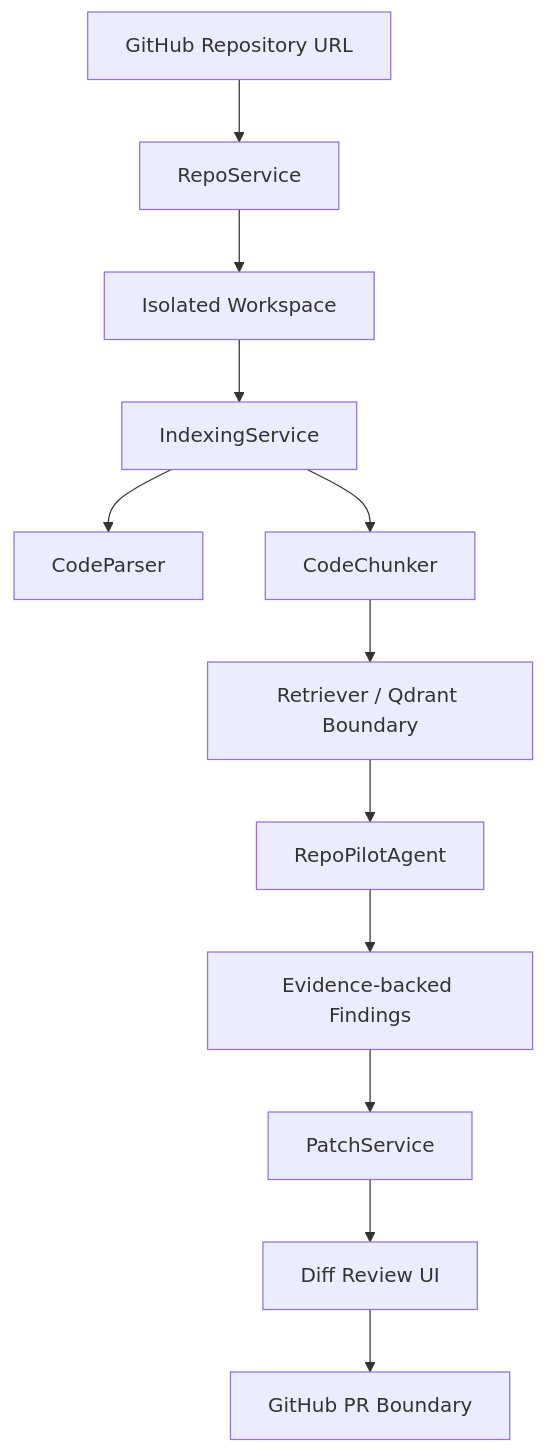
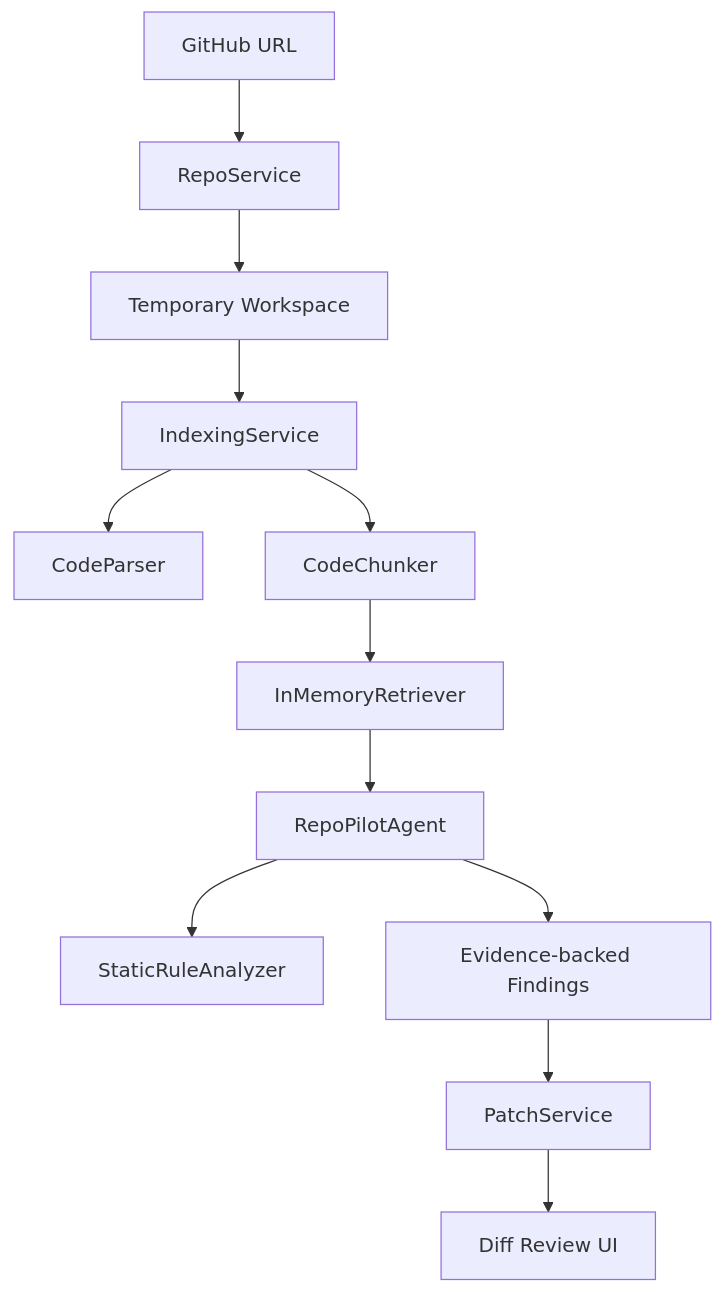
The diagram in README.md (coding-jhj/RepoPilot), drawn with Mermaid before and after one commit. The commit also changed other lines of this file and 1 other file, not shown here.

````diff
--- a/README.md
+++ b/README.md
@@ -72,14 +62,14 @@
 ```mermaid
 flowchart TD
-    A["GitHub Repository URL"] --> B["RepoService"]
-    B --> C["Isolated Workspace"]
+    A["GitHub URL"] --> B["RepoService"]
+    B --> C["Temporary Workspace"]
     C --> D["IndexingService"]
     D --> E["CodeParser"]
     D --> F["CodeChunker"]
-    F --> G["Retriever / Qdrant Boundary"]
+    F --> G["InMemoryRetriever"]
     G --> H["RepoPilotAgent"]
-    H --> I["Evidence-backed Findings"]
-    I --> J["PatchService"]
-    J --> K["Diff Review UI"]
-    K --> L["GitHub PR Boundary"]
+    H --> I["StaticRuleAnalyzer"]
+    H --> J["Evidence-backed Findings"]
+    J --> K["PatchService"]
+    K --> L["Diff Review UI"]
 ```
````
